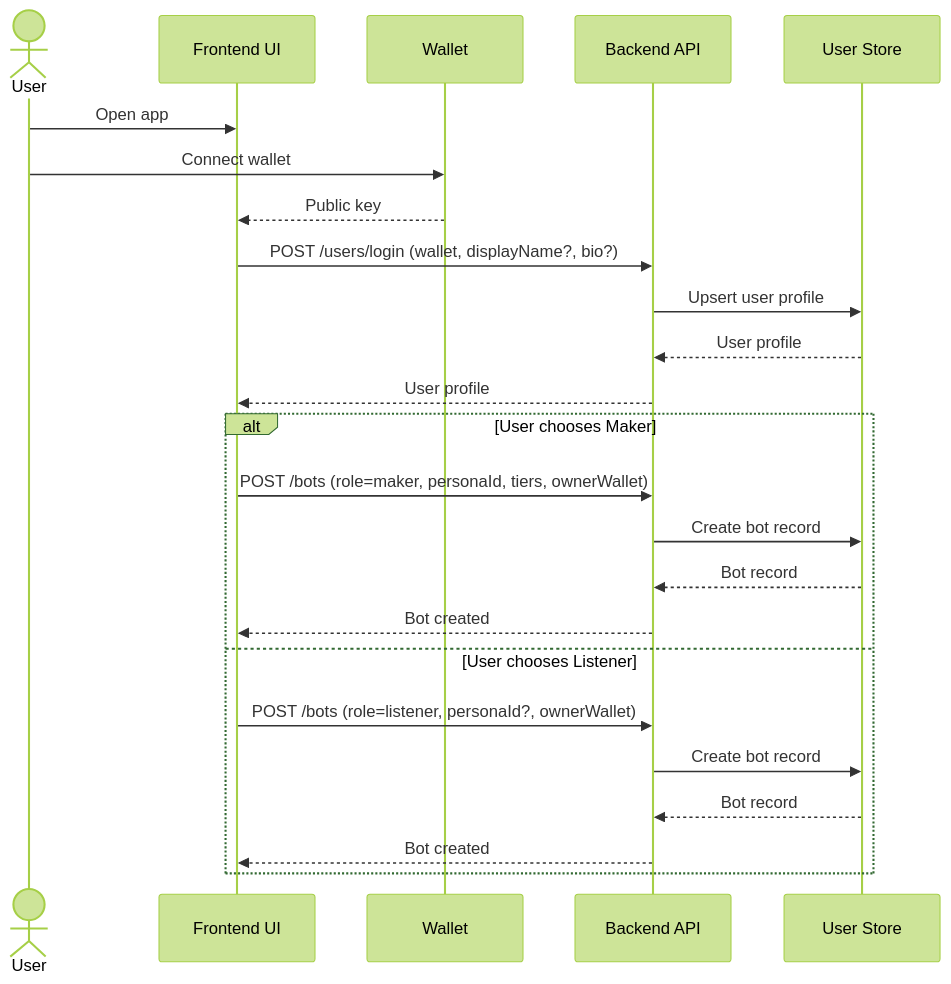
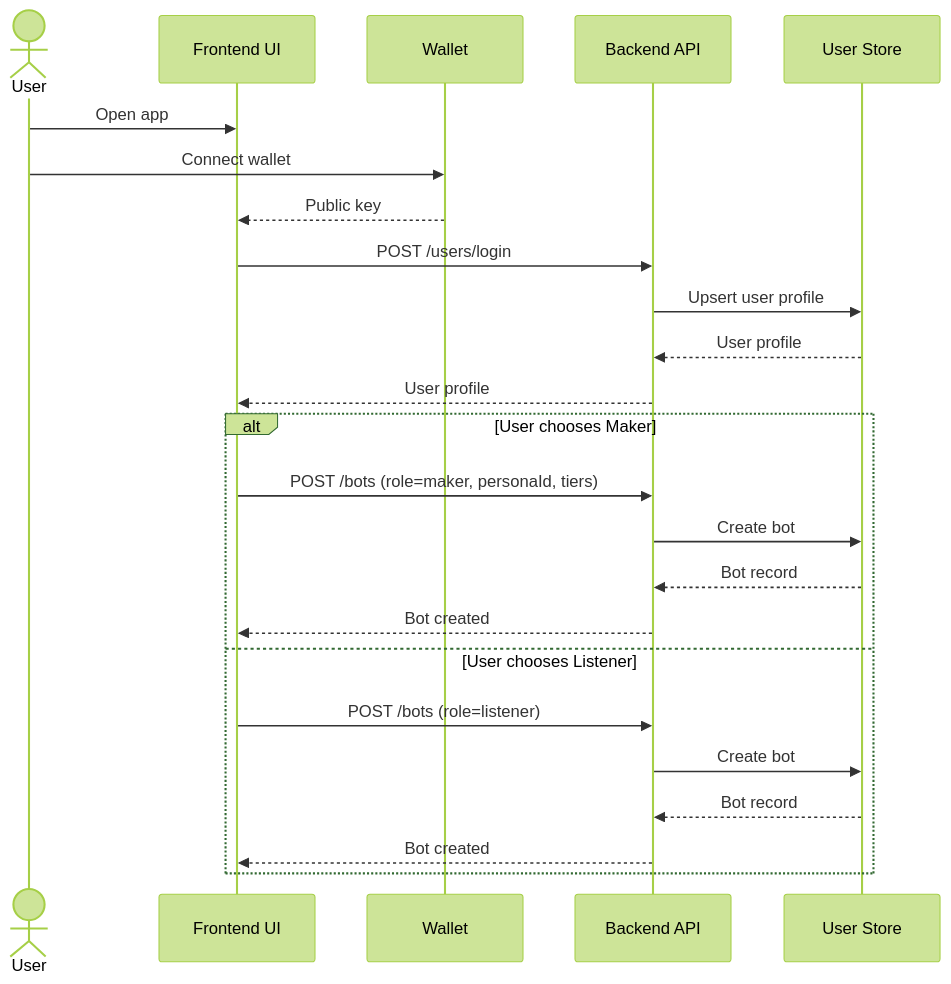
One commit to heemankv/sigints.club changed the first of 6 diagrams in documents/Sequence_Diagrams.md. Above: the diagram before and after it, drawn with Mermaid (forest theme). The commit also changed other lines of this file and 6 other files, not shown here.

````diff
--- a/documents/Sequence_Diagrams.md
+++ b/documents/Sequence_Diagrams.md
@@ -7,28 +9,28 @@
 ```mermaid
 sequenceDiagram
   actor User
   participant UI as Frontend UI
   participant Wallet
   participant API as Backend API
   participant Store as User Store
 
   User->>UI: Open app
   User->>Wallet: Connect wallet
   Wallet-->>UI: Public key
-  UI->>API: POST /users/login (wallet, displayName?, bio?)
+  UI->>API: POST /users/login
   API->>Store: Upsert user profile
   Store-->>API: User profile
   API-->>UI: User profile
 
   alt User chooses Maker
-    UI->>API: POST /bots (role=maker, personaId, tiers, ownerWallet)
-    API->>Store: Create bot record
+    UI->>API: POST /bots (role=maker, personaId, tiers)
+    API->>Store: Create bot
     Store-->>API: Bot record
     API-->>UI: Bot created
   else User chooses Listener
-    UI->>API: POST /bots (role=listener, personaId?, ownerWallet)
-    API->>Store: Create bot record
+    UI->>API: POST /bots (role=listener)
+    API->>Store: Create bot
     Store-->>API: Bot record
     API-->>UI: Bot created
   end
 ```
````
